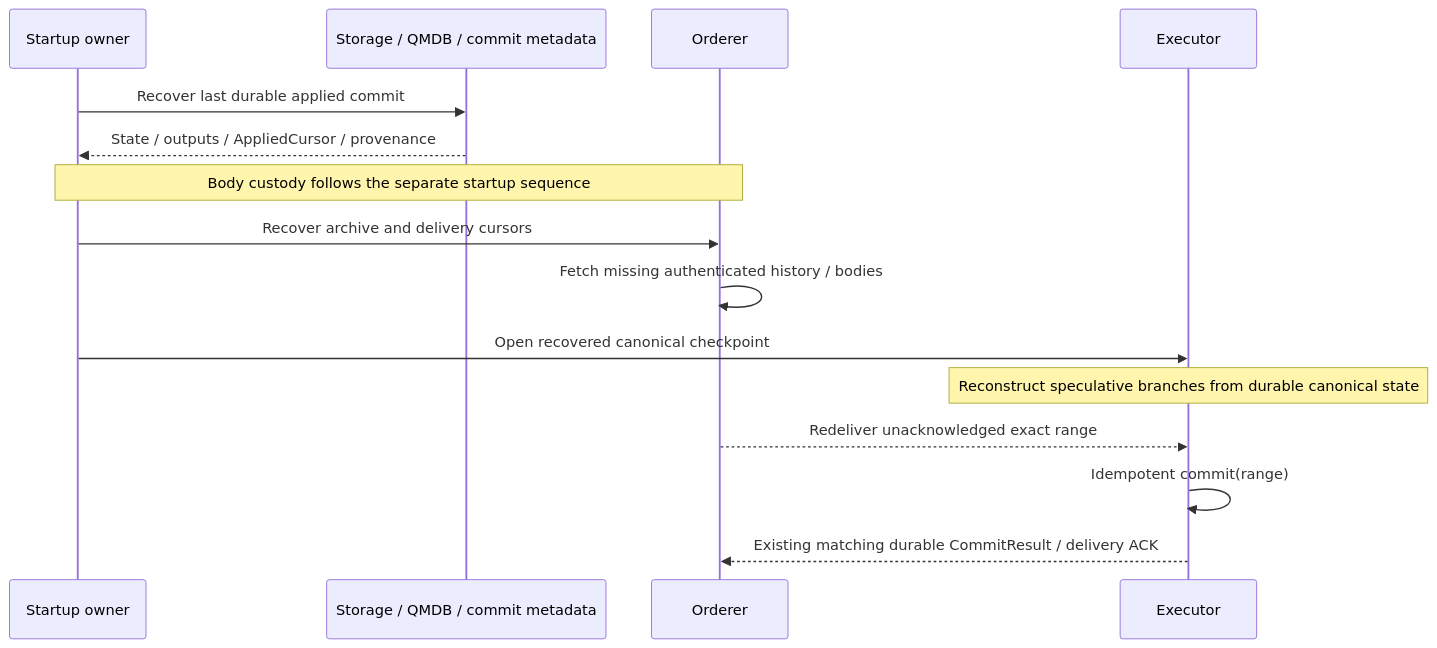
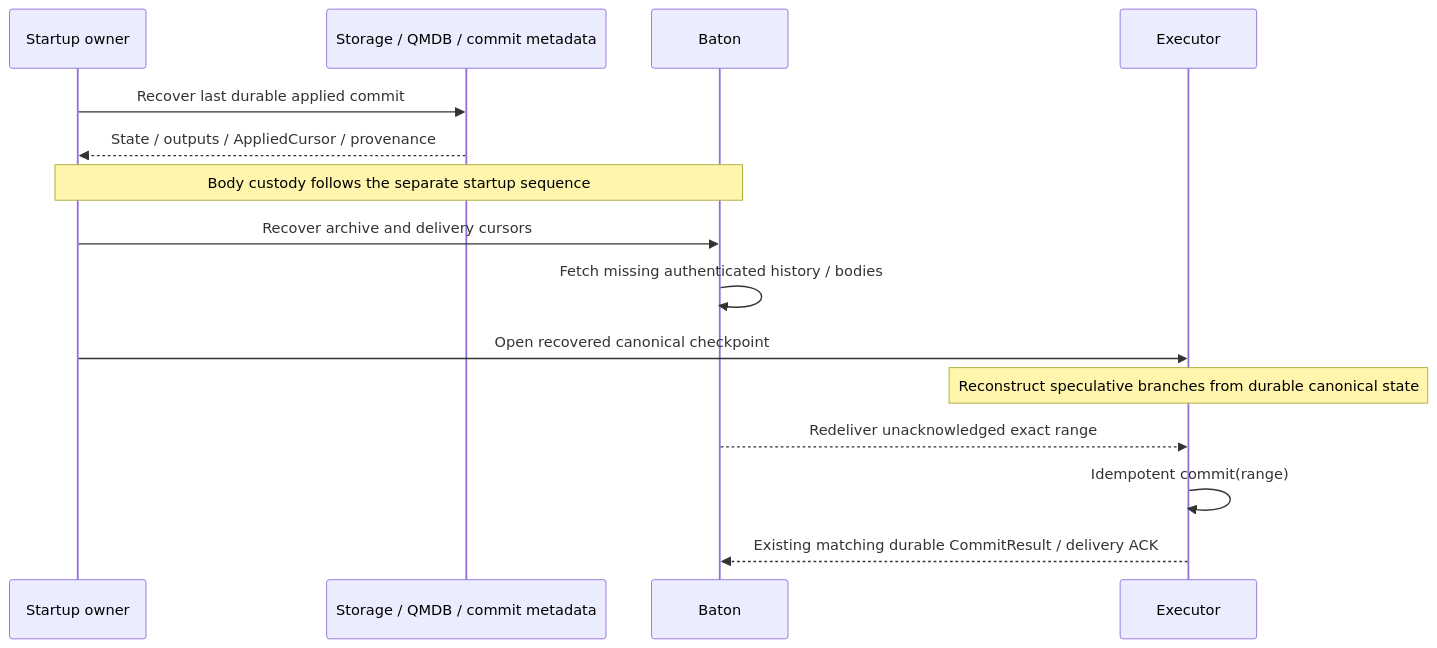
The diagram in docs/assets/diagrams/diagram-10.mmd (djm07073/baton-research), drawn with Mermaid before and after one commit. The commit also changed 78 other files, not shown here.

```diff
--- a/docs/assets/diagrams/diagram-10.mmd
+++ b/docs/assets/diagrams/diagram-10.mmd
@@ -1,15 +1,15 @@
 sequenceDiagram
     participant S as Startup owner
     participant Q as Storage / QMDB / commit metadata
-    participant M as Orderer
+    participant M as Baton
     participant E as Executor
     S->>Q: Recover last durable applied commit
     Q-->>S: State / outputs / AppliedCursor / provenance
     Note over S,M: Body custody follows the separate startup sequence
     S->>M: Recover archive and delivery cursors
     M->>M: Fetch missing authenticated history / bodies
     S->>E: Open recovered canonical checkpoint
     Note over E: Reconstruct speculative branches from durable canonical state
     M-->>E: Redeliver unacknowledged exact range
     E->>E: Idempotent commit(range)
     E-->>M: Existing matching durable CommitResult / delivery ACK
```
